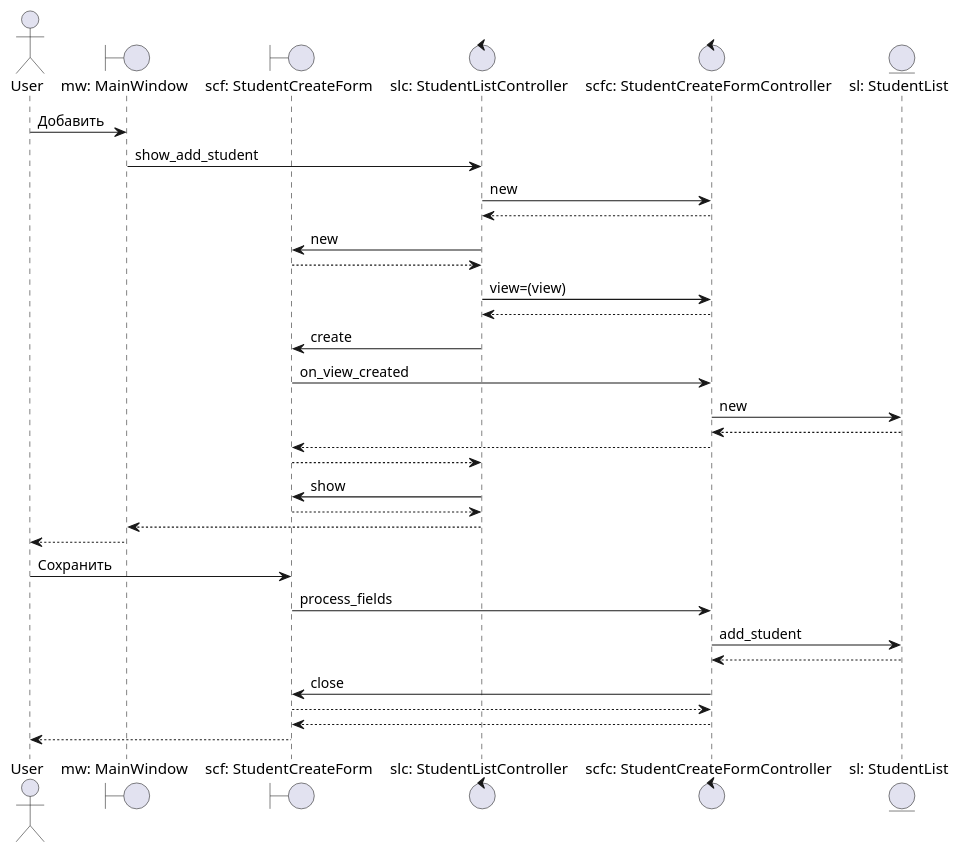
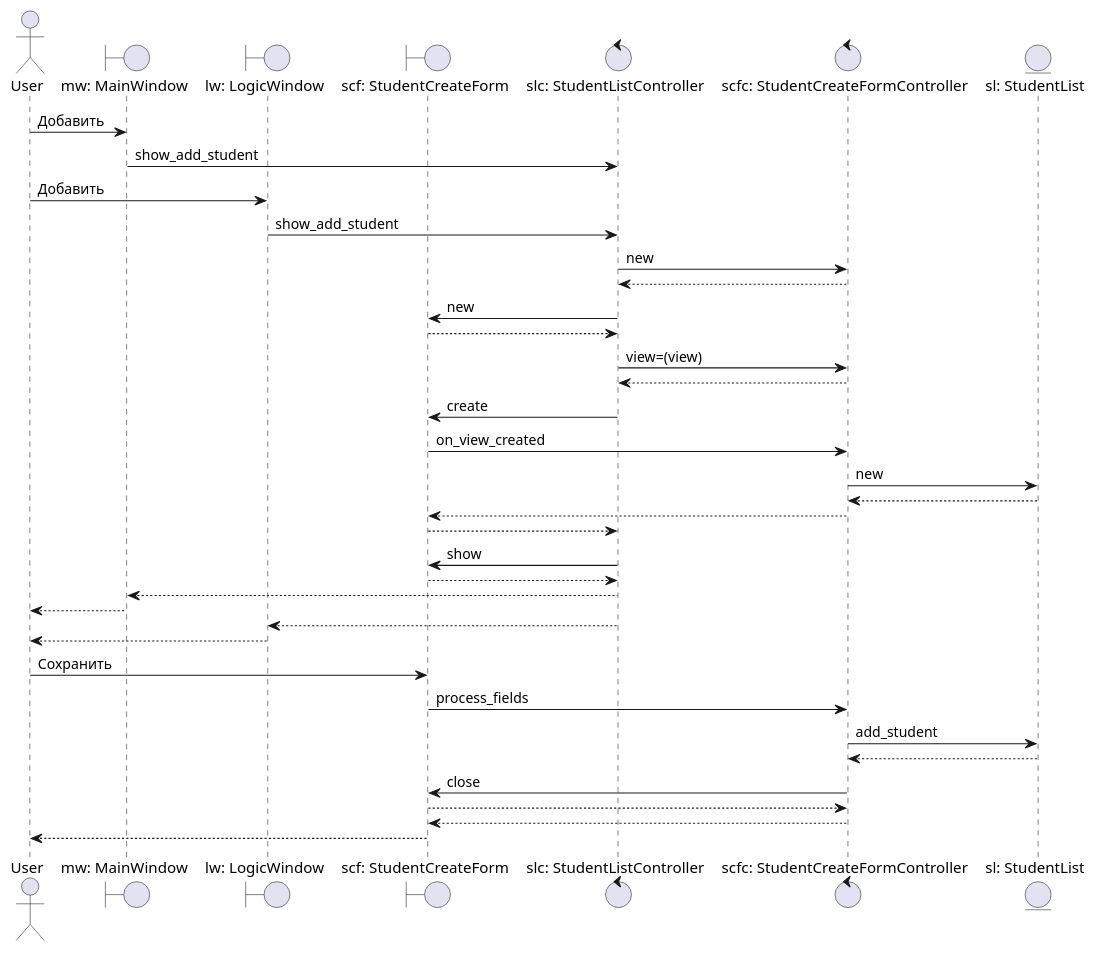
Before and after one commit to YanaGalagan/ruby_labs_new: the diagram in lab2/diagrams/add_student.puml, drawn with PlantUML. The commit also changed 6 other files, not shown here.

```diff
--- a/lab2/diagrams/add_student.puml
+++ b/lab2/diagrams/add_student.puml
@@ -1,41 +1,44 @@
 @startuml
 'https://plantuml.com/sequence-diagram
 
 
-
 actor       User                        as user
 boundary    "mw: MainWindow"                   as mw
+boundary    "lw: LogicWindow"                   as lw
 boundary    "scf: StudentCreateForm"             as scf
 control     "slc: StudentListController"        as slc
 control     "scfc: StudentCreateFormController"  as scfc
 entity      "sl: StudentList"           as sl
 
 user -> mw : Добавить
 mw -> slc : show_add_student
+user -> lw : Добавить
+lw -> slc : show_add_student
 slc -> scfc : new
 scfc --> slc
 slc -> scf : new
 scf --> slc
 slc -> scfc : view=(view)
 scfc --> slc
 slc -> scf : create
 scf -> scfc : on_view_created
 scfc -> sl : new
 sl --> scfc
 scfc --> scf
 scf --> slc
 slc -> scf : show
 scf --> slc
 slc --> mw
 mw --> user
+slc --> lw
+lw --> user
 
 user -> scf : Сохранить
 scf -> scfc : process_fields
 scfc -> sl : add_student
 sl --> scfc
 scfc -> scf : close
 scf --> scfc
 scfc --> scf
 scf --> user
-
 @enduml
```
